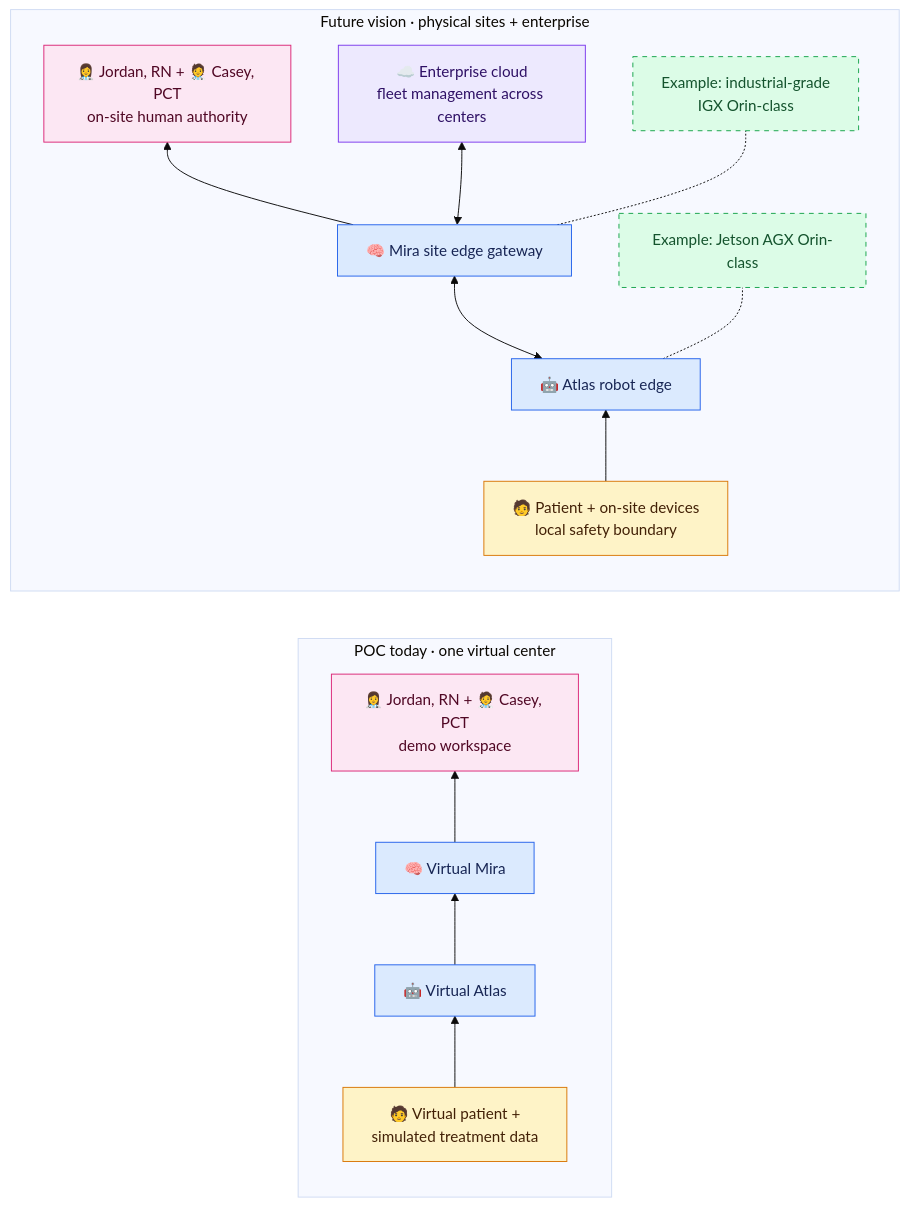
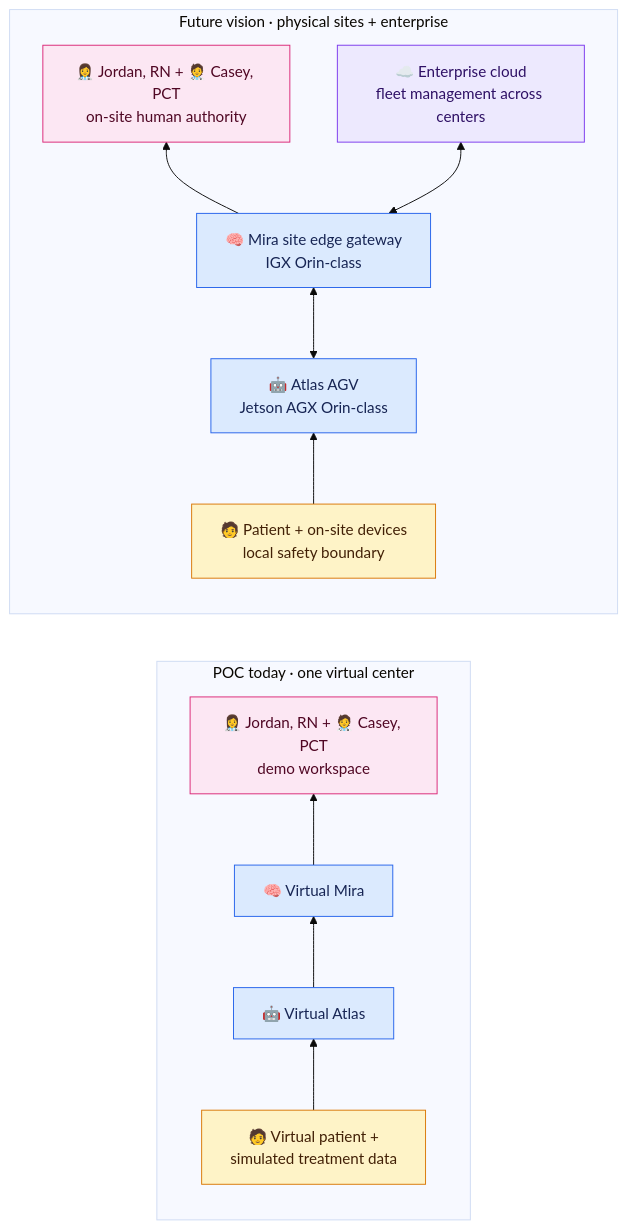
Before and after one commit to fmlin0429712024/ichd-agentic-system: the second of 2 diagrams in README.md, drawn with Mermaid (base theme).

Commit message:
Clarify Atlas AGV and gateway roles

````diff
--- a/README.md
+++ b/README.md
@@ -79,30 +79,26 @@
 ```mermaid
 flowchart LR
     subgraph POC[POC today · one virtual center]
         direction BT
         VP["🧑 Virtual patient +<br/>simulated treatment data"] --> VA["🤖 Virtual Atlas"]
         VA --> VM["🧠 Virtual Mira"]
         VM --> VH["👩‍⚕️ Jordan, RN + 🧑‍⚕️ Casey, PCT<br/>demo workspace"]
     end
 
     subgraph FUTURE[Future vision · physical sites + enterprise]
         direction BT
-        RS["🧑 Patient + on-site devices<br/>local safety boundary"] --> AR["🤖 Atlas robot edge"]
-        AR <--> SE["🧠 Mira site edge gateway"]
+        RS["🧑 Patient + on-site devices<br/>local safety boundary"] --> AR["🤖 Atlas AGV<br/>Jetson AGX Orin-class"]
+        AR <--> SE["🧠 Mira site edge gateway<br/>IGX Orin-class"]
         SE --> HS["👩‍⚕️ Jordan, RN + 🧑‍⚕️ Casey, PCT<br/>on-site human authority"]
         SE <--> EC["☁️ Enterprise cloud<br/>fleet management across centers"]
-        AR -.- AJ["Example: Jetson AGX Orin-class"]
-        SE -.- MI["Example: industrial-grade<br/>IGX Orin-class"]
     end
 
     classDef source fill:#FEF3C7,stroke:#D97706,color:#422006
     classDef digital fill:#DBEAFE,stroke:#2563EB,color:#172554
     classDef human fill:#FCE7F3,stroke:#DB2777,color:#500724
     classDef cloud fill:#EDE9FE,stroke:#7C3AED,color:#2E1065
-    classDef example fill:#DCFCE7,stroke:#16A34A,color:#14532D,stroke-dasharray: 5 5
     class VP,RS source
     class VA,VM,AR,SE digital
     class VH,HS human
     class EC cloud
-    class AJ,MI example
 ```
````
